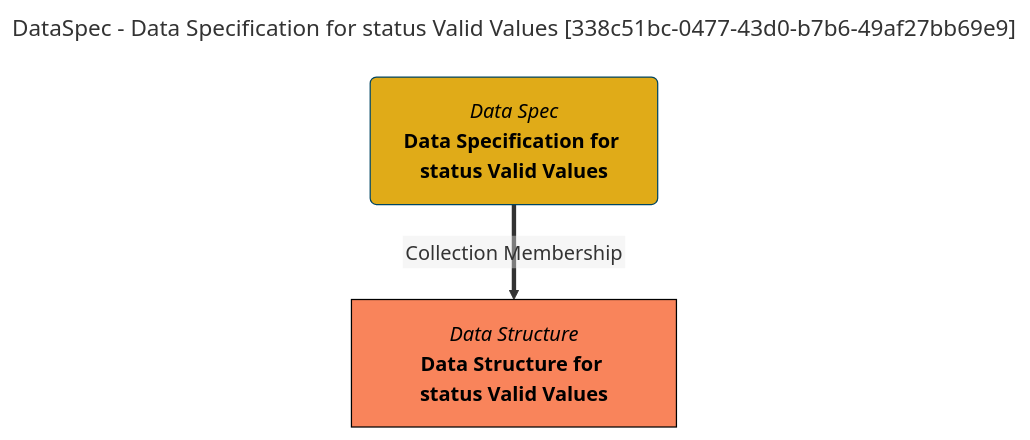
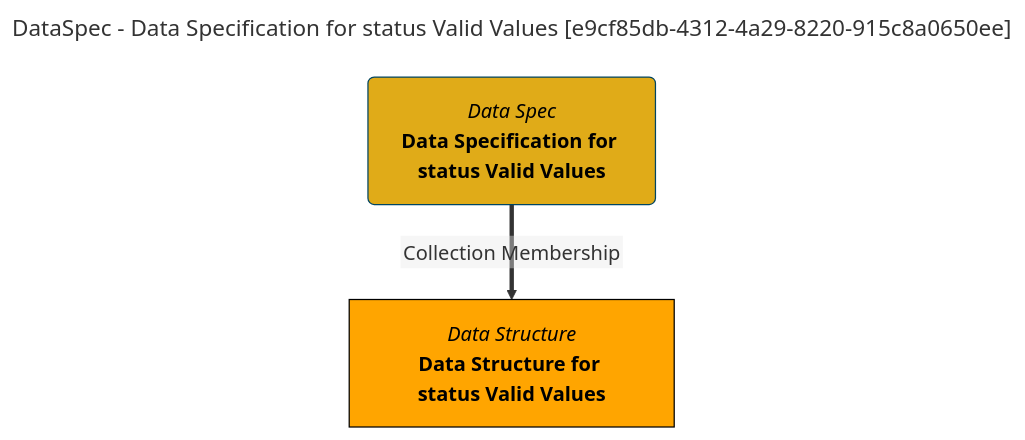
Before and after one commit to odpi/egeria-docs: the diagram in site/snippets/collections/data-specs/data-specification-for-status-valid-values-mermaid-graph.md, drawn with Mermaid. The commit also changed 2201 other files, not shown here.

````diff
--- a/site/snippets/collections/data-specs/data-specification-for-status-valid-values-mermaid-graph.md
+++ b/site/snippets/collections/data-specs/data-specification-for-status-valid-values-mermaid-graph.md
@@ -1,15 +1,15 @@
 ```mermaid
 ---
-title: DataSpec - Data Specification for status Valid Values [338c51bc-0477-43d0-b7b6-49af27bb69e9]
+title: DataSpec - Data Specification for status Valid Values [e9cf85db-4312-4a29-8220-915c8a0650ee]
 ---
 flowchart TD
 %%{init: {"flowchart": {"htmlLabels": false}} }%%
 
 1@{ shape: rounded, label: "*Data Spec*
 **Data Specification for status Valid Values**"}
 2@{ shape: rect, label: "*Data Structure*
 **Data Structure for status Valid Values**"}
 1==>|"Collection Membership"|2
 style 1 color:#000000, fill:#e0ab18, stroke:#004563
-style 2 color:#000000, fill:#f9845b, stroke:#000000
+style 2 color:#000000, fill:#FFA500, stroke:#000000
 ```
````
